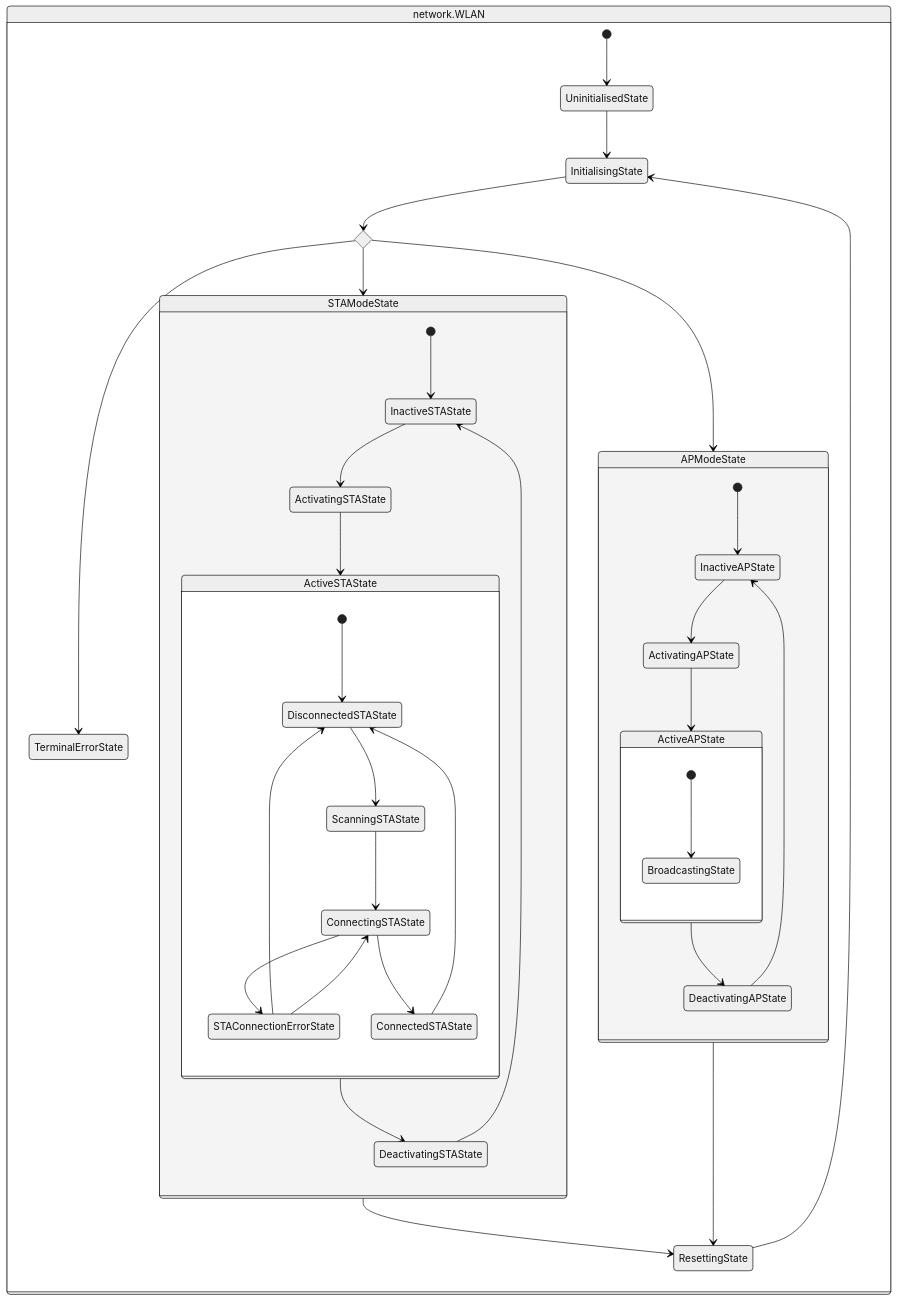
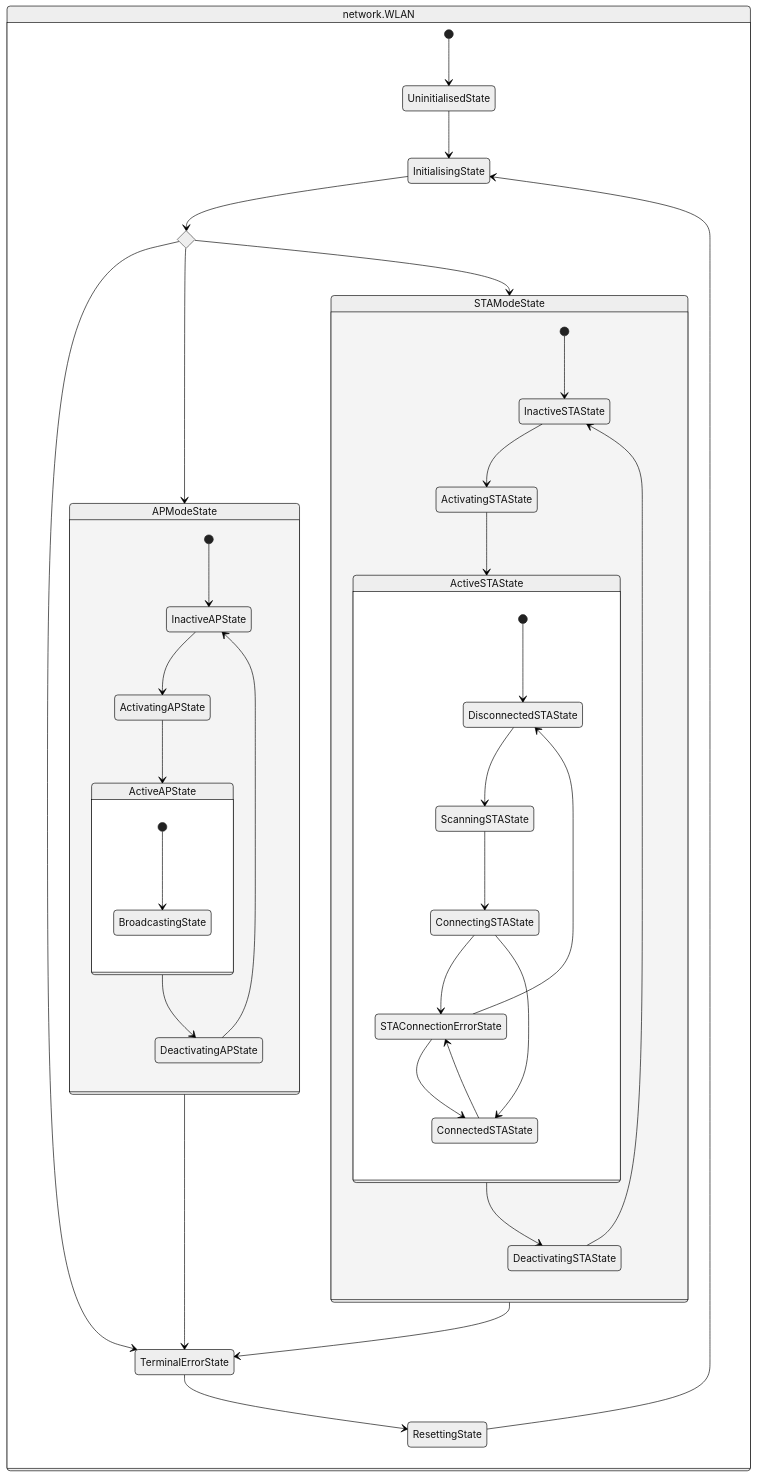
The diagram in README.md (andyrids/micropython-networkutils), drawn with Mermaid (neutral theme) before and after one commit. The commit also changed 1 other file, not shown here.

Commit message:
feat: add new transitions from

````diff
--- a/README.md
+++ b/README.md
@@ -12,49 +12,50 @@
 ```mermaid
 stateDiagram-v2
   direction TB
   state network.WLAN {
     direction TB
     [*] --> UninitialisedState
     state WLANModeChoiceState <<choice>>
 
     UninitialisedState --> InitialisingState
     InitialisingState --> WLANModeChoiceState
     WLANModeChoiceState --> TerminalErrorState
     WLANModeChoiceState --> APModeState
     WLANModeChoiceState --> STAModeState
-    STAModeState --> ResettingState
-    APModeState --> ResettingState
+    APModeState --> TerminalErrorState
+    STAModeState --> TerminalErrorState
+    TerminalErrorState --> ResettingState
     ResettingState --> InitialisingState
 
     state APModeState {
       direction TB
       [*] --> InactiveAPState
       InactiveAPState --> ActivatingAPState
       ActivatingAPState --> ActiveAPState
       ActiveAPState --> DeactivatingAPState
       DeactivatingAPState --> InactiveAPState
       state ActiveAPState {
         direction TB
         [*] --> BroadcastingState
       }
     }
     state STAModeState {
       direction TB
       [*] --> InactiveSTAState
       InactiveSTAState --> ActivatingSTAState
       ActivatingSTAState --> ActiveSTAState
       ActiveSTAState --> DeactivatingSTAState
       DeactivatingSTAState --> InactiveSTAState
       state ActiveSTAState {
         [*] --> DisconnectedSTAState
         DisconnectedSTAState --> ScanningSTAState
         ScanningSTAState --> ConnectingSTAState
         ConnectingSTAState --> STAConnectionErrorState
         STAConnectionErrorState --> DisconnectedSTAState
-        STAConnectionErrorState --> ConnectingSTAState
+        STAConnectionErrorState --> ConnectedSTAState
         ConnectingSTAState --> ConnectedSTAState
-        ConnectedSTAState --> DisconnectedSTAState
+        ConnectedSTAState --> STAConnectionErrorState
       }
     }
   }
 ```
````
